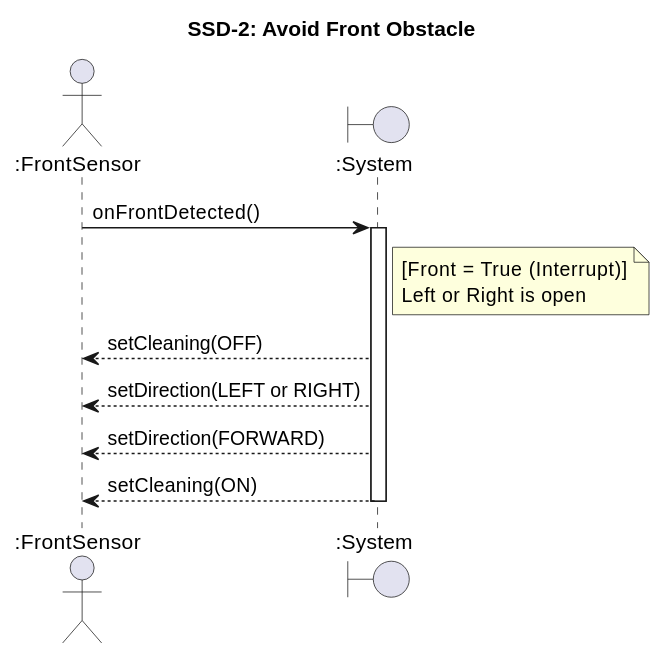
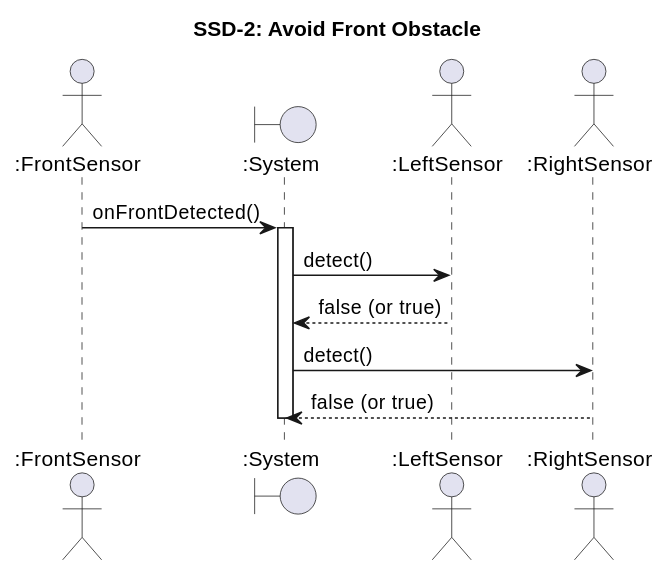
The second of 4 diagrams in docs/vibe-coding/02-ooa/ssd.mdx (OOP-konkuk/CICD-Team7), drawn with PlantUML before and after one commit. The commit also changed other lines of this file and 4 other files, not shown here.

````diff
--- a/docs/vibe-coding/02-ooa/ssd.mdx
+++ b/docs/vibe-coding/02-ooa/ssd.mdx
@@ -70,20 +70,18 @@
 ```plantuml
 @startuml SSD2_AvoidFrontObstacle
 title SSD-2: Avoid Front Obstacle
 
 actor ":FrontSensor" as FS
 boundary ":System" as Sys
+actor ":LeftSensor" as LS
+actor ":RightSensor" as RS
 
 FS -> Sys : onFrontDetected()
 activate Sys
-note right of Sys
-  [Front = True (Interrupt)]
-  Left or Right is open
-end note
-Sys --> FS : setCleaning(OFF)
-Sys --> FS : setDirection(LEFT or RIGHT)
-Sys --> FS : setDirection(FORWARD)
-Sys --> FS : setCleaning(ON)
+Sys -> LS : detect()
+LS --> Sys : false (or true)
+Sys -> RS : detect()
+RS --> Sys : false (or true)
 deactivate Sys
 @enduml
 ```
````
